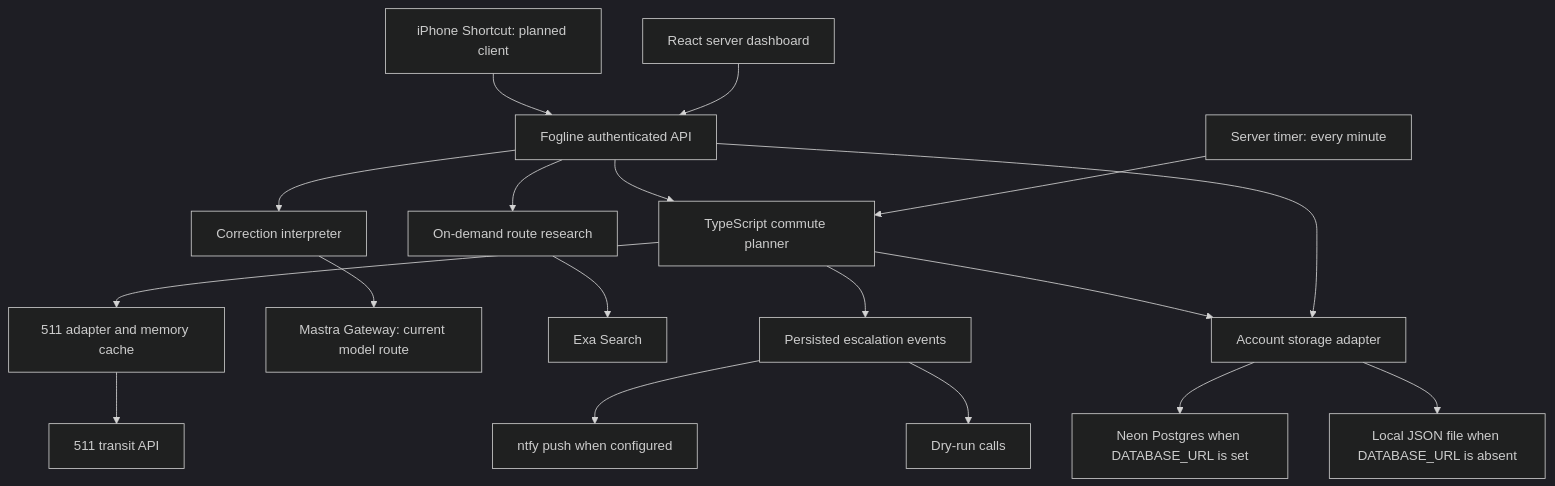
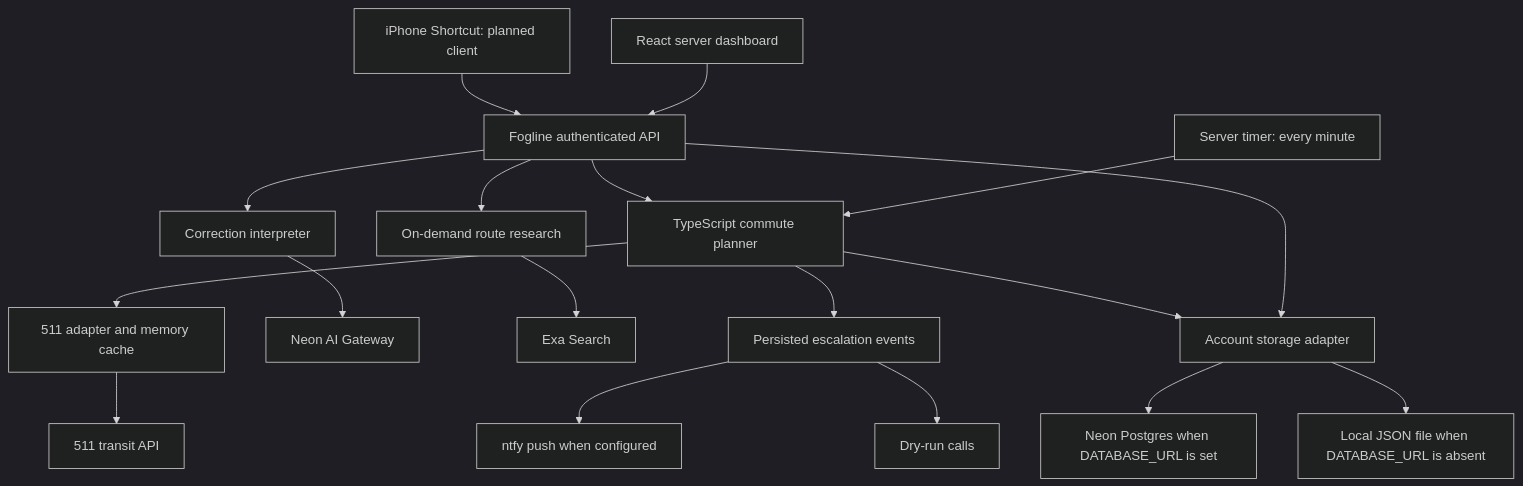
Before and after one commit to Eman-Gon/Fogline: the diagram in api.md, drawn with Mermaid (dark theme). The commit also changed other lines of this file and 101 other files, not shown here.

````diff
--- a/api.md
+++ b/api.md
@@ -9,20 +9,20 @@
 ```mermaid
 flowchart TD
   UI[React server dashboard] --> API[Fogline authenticated API]
   Phone[iPhone Shortcut: planned client] --> API
   Timer[Server timer: every minute] --> Planner[TypeScript commute planner]
   API --> Planner
   Planner --> Transit[511 adapter and memory cache]
   Transit --> Feed[511 transit API]
   API --> Correction[Correction interpreter]
-  Correction --> Mastra[Mastra Gateway: current model route]
+  Correction --> Gateway[Neon AI Gateway]
   API --> Research[On-demand route research]
   Research --> Exa[Exa Search]
   API --> Store[Account storage adapter]
   Planner --> Store
   Store --> DB[Neon Postgres when DATABASE_URL is set]
   Store --> File[Local JSON file when DATABASE_URL is absent]
   Planner --> Notifications[Persisted escalation events]
   Notifications --> Ntfy[ntfy push when configured]
   Notifications --> Preview[Dry-run calls]
 ```
````
